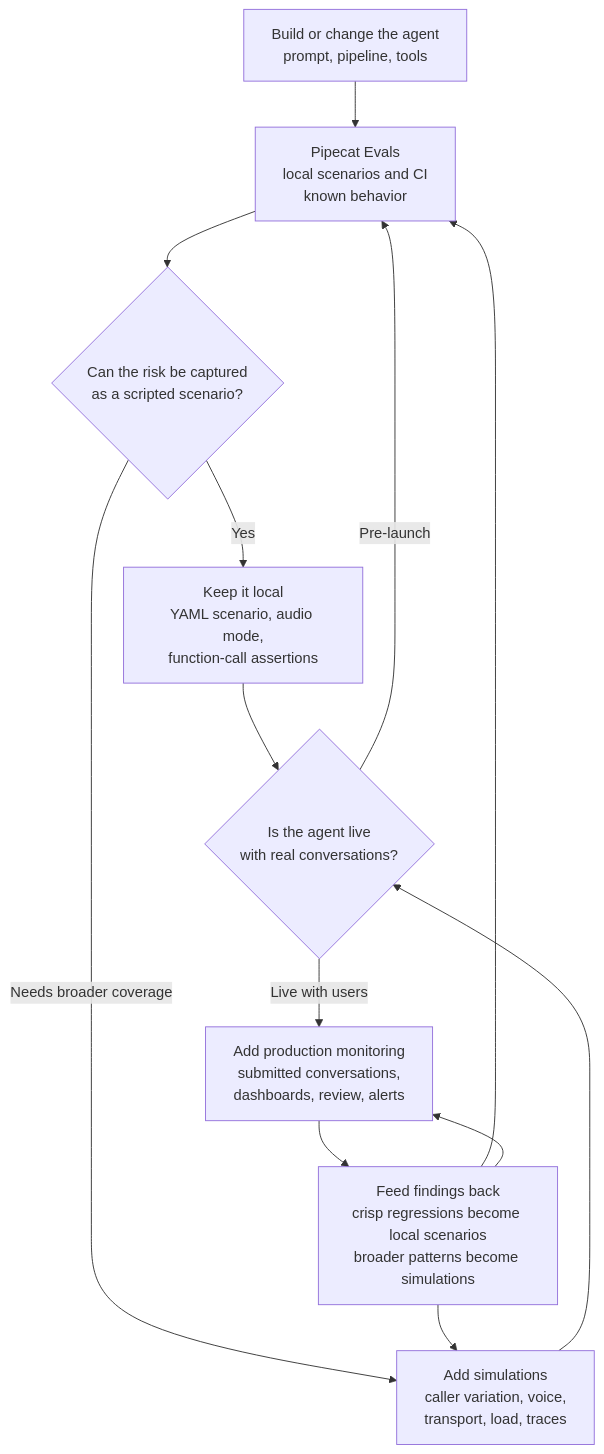
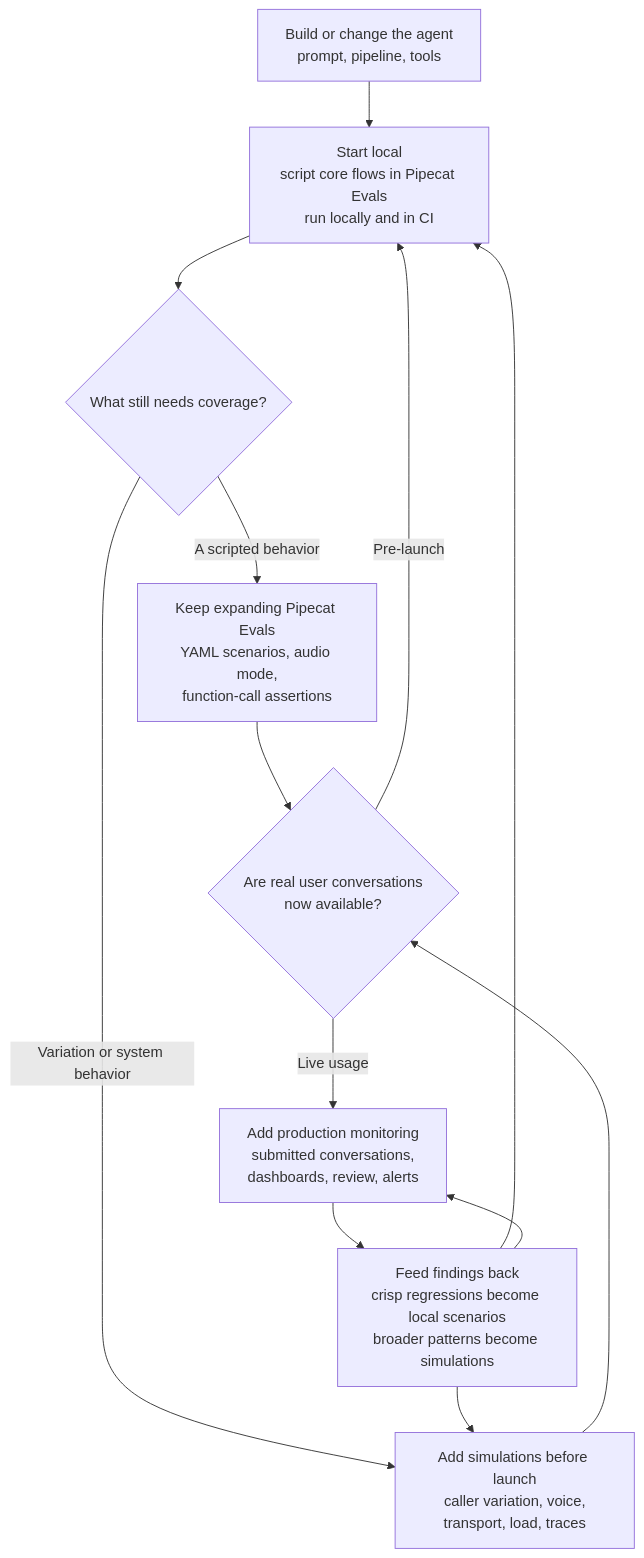
Before and after one commit to pipecat-ai/docs: the diagram in pipecat/evals/lifecycle.mdx, drawn with Mermaid. The commit also changed other lines of this file, not shown here.

Commit message:
Make lifecycle diagram labels clearer

````diff
--- a/pipecat/evals/lifecycle.mdx
+++ b/pipecat/evals/lifecycle.mdx
@@ -25,15 +25,15 @@
 ```mermaid
 flowchart TB
-  A["Build or change the agent<br/>prompt, pipeline, tools"] --> B["Pipecat Evals<br/>local scenarios and CI<br/>known behavior"]
-  B --> C{"Can the risk be captured<br/>as a scripted scenario?"}
-  C -->|Yes| D["Keep it local<br/>YAML scenario, audio mode,<br/>function-call assertions"]
-  C -->|Needs broader coverage| E["Add simulations<br/>caller variation, voice,<br/>transport, load, traces"]
-  D --> F{"Is the agent live<br/>with real conversations?"}
+  A["Build or change the agent<br/>prompt, pipeline, tools"] --> B["Start local<br/>script core flows in Pipecat Evals<br/>run locally and in CI"]
+  B --> C{"What still needs coverage?"}
+  C -->|A scripted behavior| D["Keep expanding Pipecat Evals<br/>YAML scenarios, audio mode,<br/>function-call assertions"]
+  C -->|Variation or system behavior| E["Add simulations before launch<br/>caller variation, voice,<br/>transport, load, traces"]
+  D --> F{"Are real user conversations<br/>now available?"}
   E --> F
   F -->|Pre-launch| B
-  F -->|Live with users| G["Add production monitoring<br/>submitted conversations,<br/>dashboards, review, alerts"]
+  F -->|Live usage| G["Add production monitoring<br/>submitted conversations,<br/>dashboards, review, alerts"]
   G --> H["Feed findings back<br/>crisp regressions become local scenarios<br/>broader patterns become simulations"]
   H --> B
   H --> E
   H --> G
 ```
````
